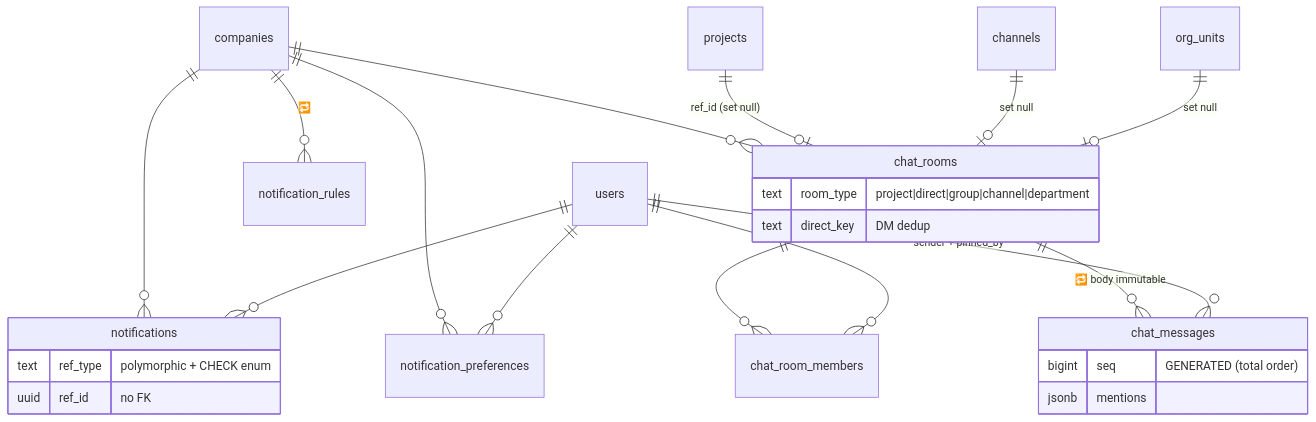
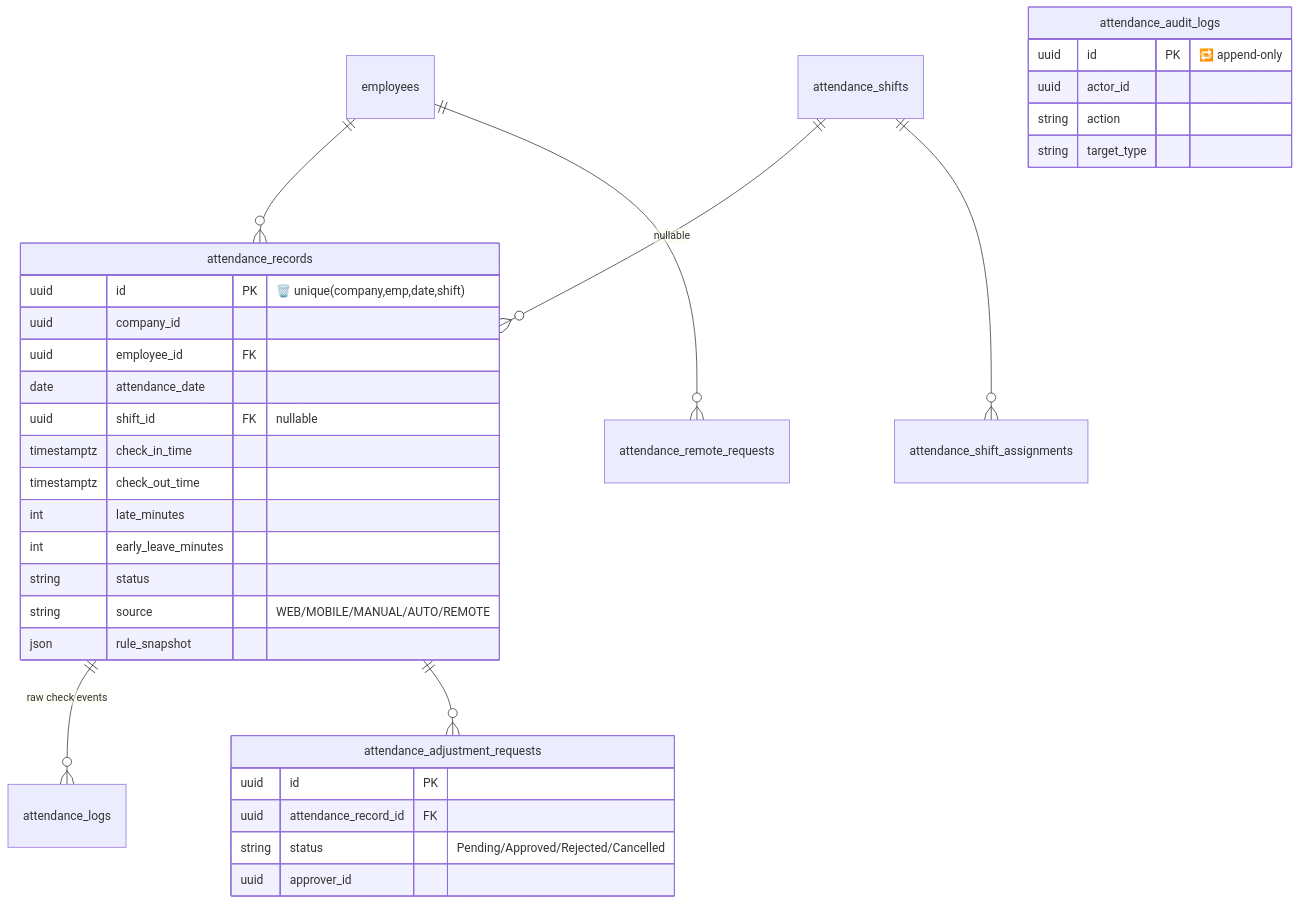
Before and after one commit to nguyencanhqk/mediaos: the third of 8 diagrams in docs/erd-current.md, drawn with Mermaid. The commit also changed other lines of this file and 194 other files, not shown here.

````diff
--- a/docs/erd-current.md
+++ b/docs/erd-current.md
@@ -277,29 +134,36 @@
 ```mermaid
 erDiagram
-    companies ||--o{ notifications : ""
-    users ||--o{ notifications : ""
-    companies ||--o{ notification_rules : "🔁"
-    companies ||--o{ notification_preferences : ""
-    users ||--o{ notification_preferences : ""
-    companies ||--o{ chat_rooms : ""
-    projects ||--o| chat_rooms : "ref_id (set null)"
-    channels ||--o| chat_rooms : "set null"
-    org_units ||--o| chat_rooms : "set null"
-    chat_rooms ||--o{ chat_room_members : ""
-    users ||--o{ chat_room_members : ""
-    chat_rooms ||--o{ chat_messages : "🔁 body immutable"
-    users ||--o{ chat_messages : "sender + pinned_by"
+    employees ||--o{ attendance_records : ""
+    attendance_shifts ||--o{ attendance_records : "nullable"
+    attendance_records ||--o{ attendance_logs : "raw check events"
+    attendance_shifts ||--o{ attendance_shift_assignments : ""
+    attendance_records ||--o{ attendance_adjustment_requests : ""
+    employees ||--o{ attendance_remote_requests : ""
 
-    notifications {
-        text ref_type "polymorphic + CHECK enum"
-        uuid ref_id "no FK"
+    attendance_records {
+        uuid id PK "🗑️ unique(company,emp,date,shift)"
+        uuid company_id
+        uuid employee_id FK
+        date attendance_date
+        uuid shift_id FK "nullable"
+        timestamptz check_in_time
+        timestamptz check_out_time
+        int late_minutes
+        int early_leave_minutes
+        string status
+        string source "WEB/MOBILE/MANUAL/AUTO/REMOTE"
+        json rule_snapshot
     }
-    chat_rooms {
-        text room_type "project|direct|group|channel|department"
-        text direct_key "DM dedup"
+    attendance_adjustment_requests {
+        uuid id PK
+        uuid attendance_record_id FK
+        string status "Pending/Approved/Rejected/Cancelled"
+        uuid approver_id
     }
-    chat_messages {
-        bigint seq "GENERATED (total order)"
-        jsonb mentions
+    attendance_audit_logs {
+        uuid id PK "🔁 append-only"
+        uuid actor_id
+        string action
+        string target_type
     }
 ```
````
